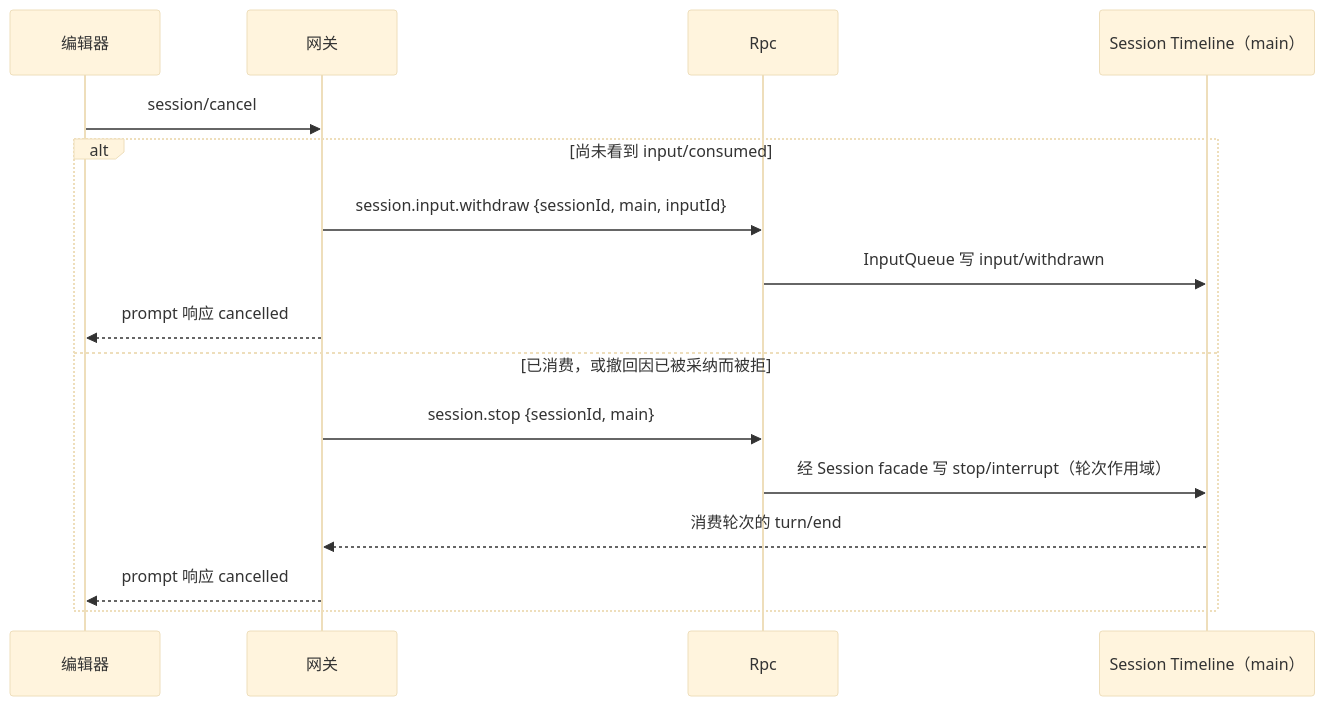
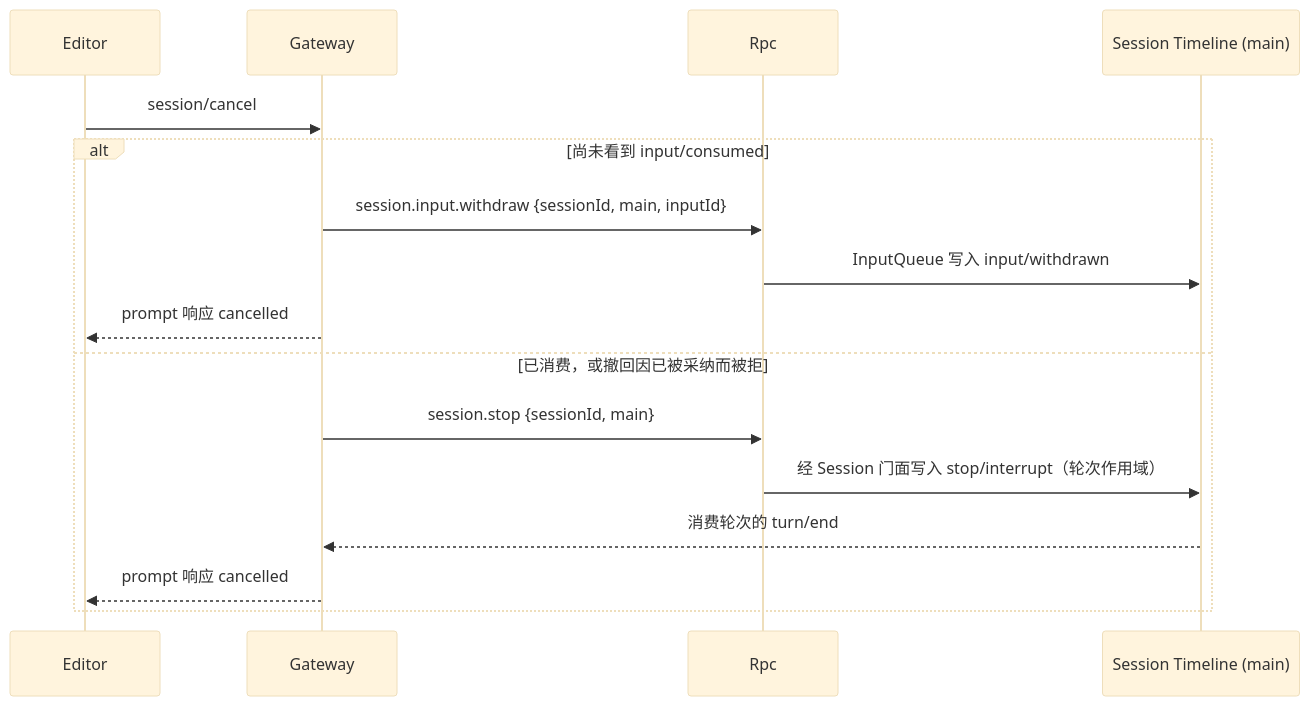
Before and after one commit to CoutinhoTTS/dim-agent: the fourth of 5 diagrams in docs/zh/design/plugins/AcpGateway.md, drawn with Mermaid (base theme). The commit also changed other lines of this file and 18 other files, not shown here.

````diff
--- a/docs/zh/design/plugins/AcpGateway.md
+++ b/docs/zh/design/plugins/AcpGateway.md
@@ -87,18 +94,18 @@
 ```mermaid
 sequenceDiagram
-  participant E as 编辑器
-  participant G as 网关
+  participant E as Editor
+  participant G as Gateway
   participant R as Rpc
-  participant TL as Session Timeline（main）
+  participant TL as Session Timeline (main)
   E->>G: session/cancel
   alt 尚未看到 input/consumed
     G->>R: session.input.withdraw {sessionId, main, inputId}
-    R->>TL: InputQueue 写 input/withdrawn
+    R->>TL: InputQueue 写入 input/withdrawn
     G-->>E: prompt 响应 cancelled
   else 已消费，或撤回因已被采纳而被拒
     G->>R: session.stop {sessionId, main}
-    R->>TL: 经 Session facade 写 stop/interrupt（轮次作用域）
+    R->>TL: 经 Session 门面写入 stop/interrupt（轮次作用域）
     TL-->>G: 消费轮次的 turn/end
     G-->>E: prompt 响应 cancelled
   end
 ```
````
